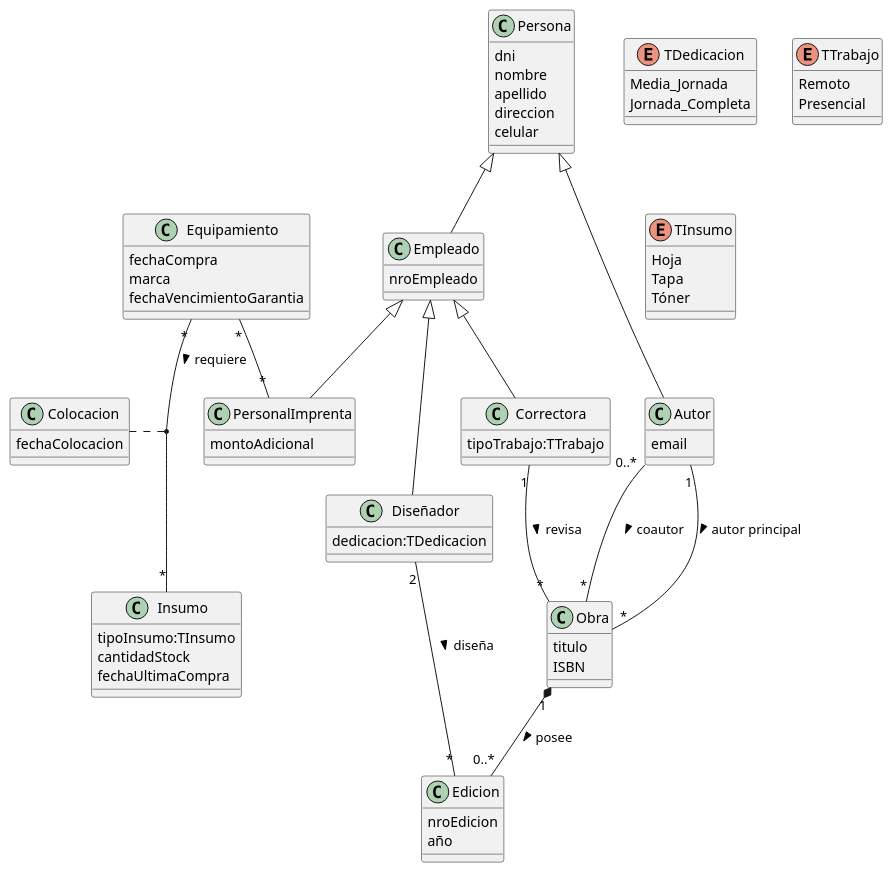
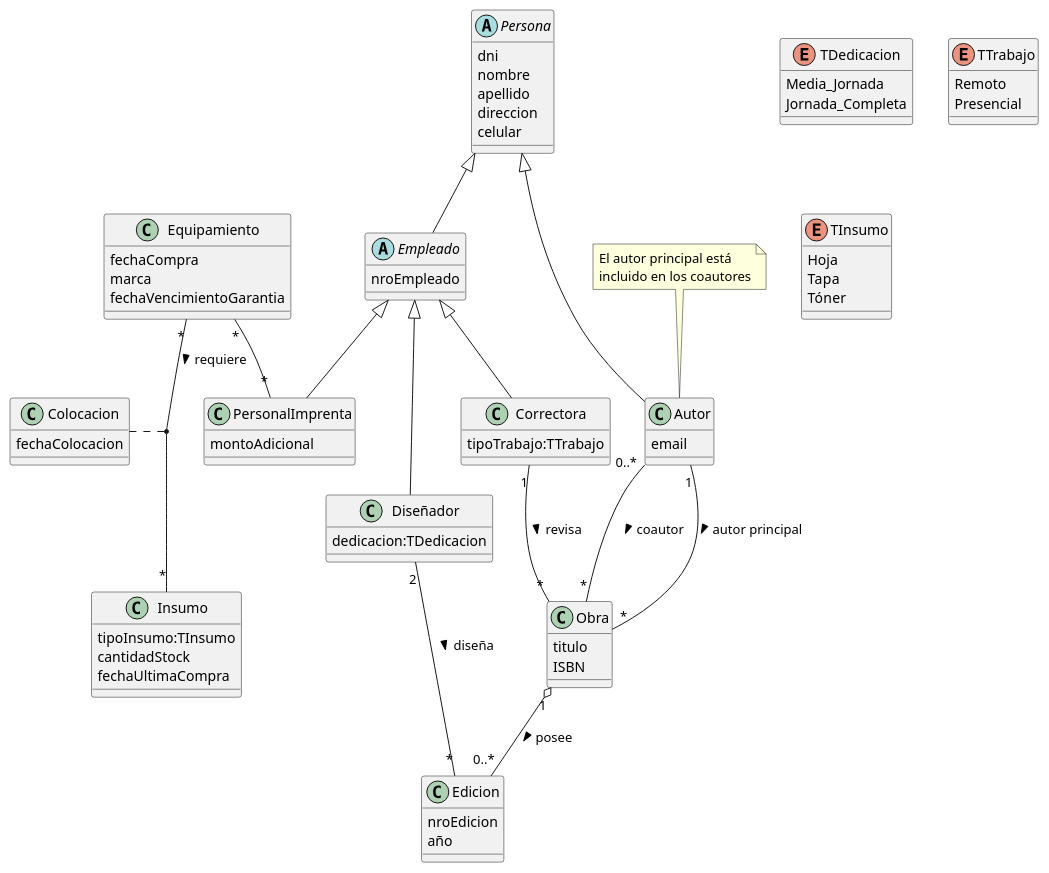
One commit to lau-luna/uni-2026 changed the diagram in ingenieria-de-software/practico/practico1/ejercicio-4.puml. Above: the diagram before and after it, drawn with PlantUML. The commit also changed 422 other files, not shown here.

```diff
--- a/ingenieria-de-software/practico/practico1/ejercicio-4.puml
+++ b/ingenieria-de-software/practico/practico1/ejercicio-4.puml
@@ -1,97 +1,102 @@
 @startuml
  
 enum TDedicacion {
   Media_Jornada
   Jornada_Completa
 }
 
 enum TTrabajo {
   Remoto
   Presencial
 }
 
 enum TInsumo {
   Hoja
   Tapa
   Tóner
 }
 
-class Persona {
+abstract class Persona {
   dni
   nombre
   apellido
   direccion
   celular
 }
 
-class Empleado {
+abstract class Empleado {
   nroEmpleado
 }
 
 Persona <|-- Empleado
 
 class Diseñador {
   dedicacion:TDedicacion
 }
 
 Empleado <|-- Diseñador
 
 class Correctora {
   tipoTrabajo:TTrabajo
 }
 
 Empleado <|-- Correctora
 
 class PersonalImprenta {
   montoAdicional
 }
 
 Empleado <|-- PersonalImprenta
 
 class Equipamiento {
   fechaCompra
   marca
   fechaVencimientoGarantia
 }
 
 Equipamiento "*" -- "*" PersonalImprenta
 
 class Insumo {
   tipoInsumo:TInsumo
   cantidadStock
   fechaUltimaCompra
 }
 
 Equipamiento "*" -- "*" Insumo : requiere >
 
 class Colocacion {
   fechaColocacion
 }
 
  Colocacion .. (Equipamiento, Insumo)
 
 class Autor {
   email
 }
 
 Persona <|-- Autor
 
+note top of Autor
+  El autor principal está 
+  incluido en los coautores
+endNote
+
 class Obra {
   titulo
   ISBN
 }
 
 Autor "0..*" -- "*" Obra : coautor > 
 Autor "1" -- "*" Obra : autor principal > 
 Correctora "1" -- "*" Obra : revisa >
 
 class Edicion {
   nroEdicion
   año
 }
 
 Diseñador "2" -- "*" Edicion : diseña >
 
-Obra "1" *-- "0..*" Edicion : posee >
+Obra "1" o-- "0..*" Edicion : posee >
 
 @enduml
```
